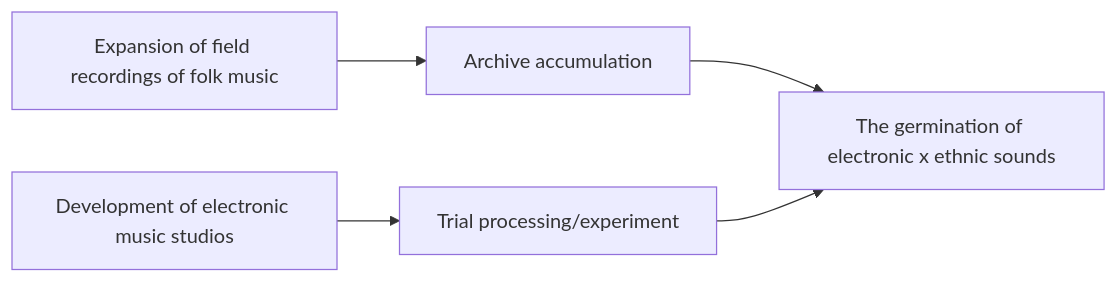
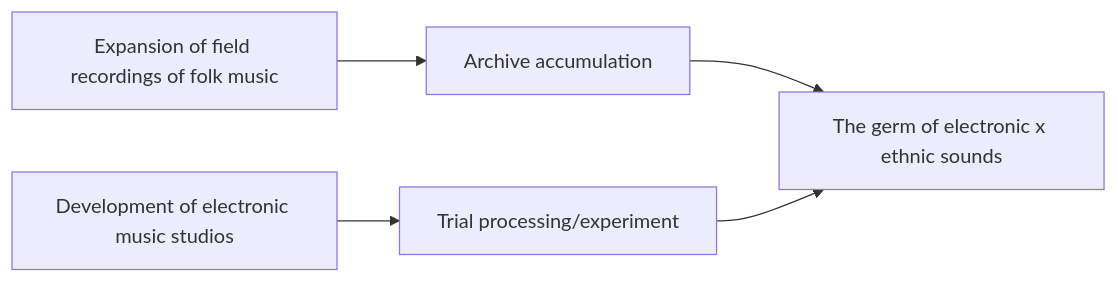
The fourth of 5 diagrams in en/_posts/2025-12-09-column-electronic-world-fusion.md (monumental-movement/monumental-movement.github.io), drawn with Mermaid before and after one commit. The commit also changed other lines of this file and 366 other files, not shown here.

```diff
--- a/en/_posts/2025-12-09-column-electronic-world-fusion.md
+++ b/en/_posts/2025-12-09-column-electronic-world-fusion.md
@@ -255,7 +255,7 @@
 <div class="mermaid">
 flowchart LR
     A["Expansion of field recordings of folk music"] --> C["Archive accumulation"]
     B["Development of electronic music studios"] --> D["Trial processing/experiment"]
-    C --> E["The germination of electronic x ethnic sounds"]
+    C --> E["The germ of electronic x ethnic sounds"]
     D --> E
 </div>
```
